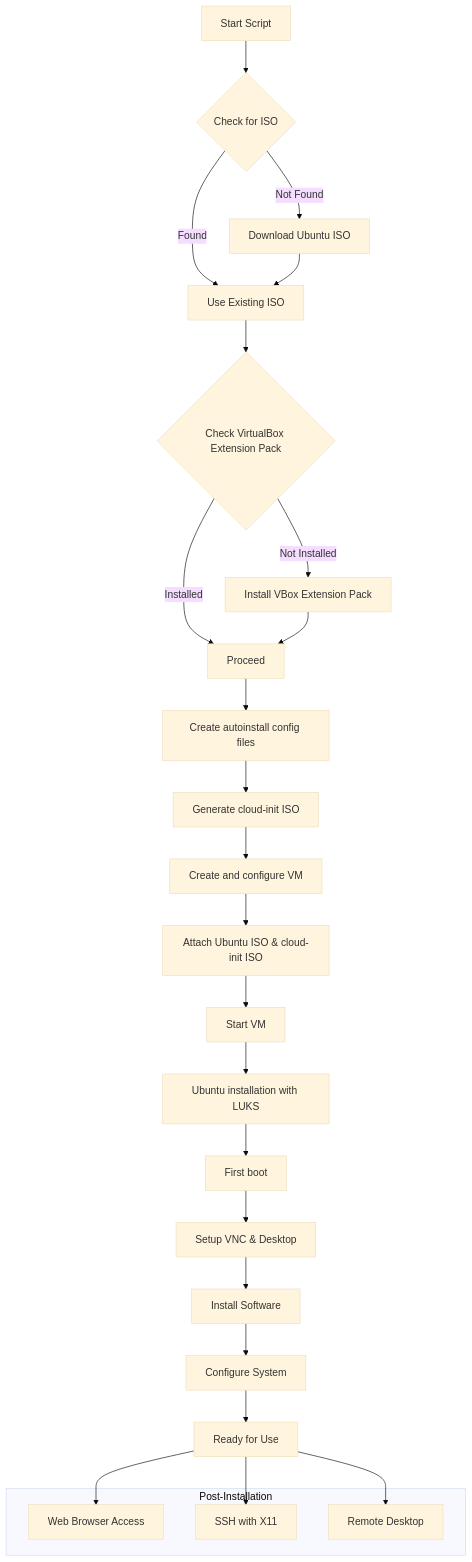
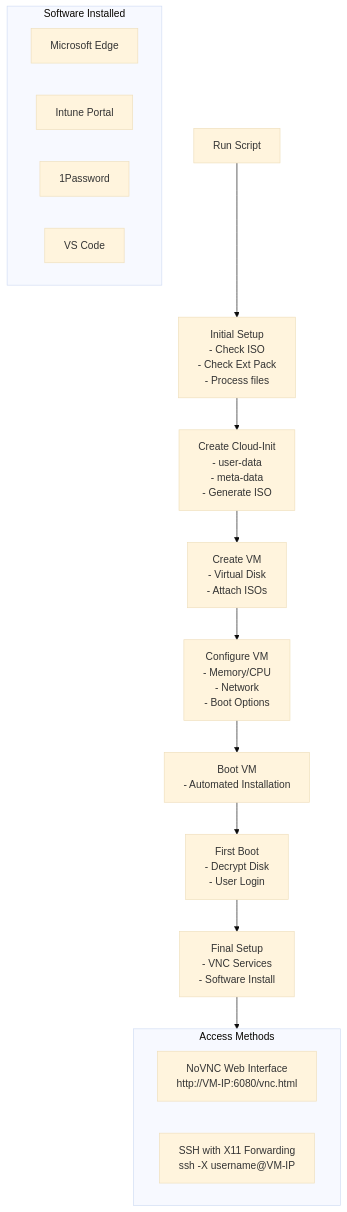
Before and after one commit to blik616287/intune_autoinstall: the diagram in README.md, drawn with Mermaid (base theme). The commit also changed other lines of this file, not shown here.

````diff
--- a/README.md
+++ b/README.md
@@ -37,32 +78,24 @@
 ```mermaid
 flowchart TD
-    A[Start Script] --> B{Check for ISO}
-    B -->|Not Found| C[Download Ubuntu ISO]
-    B -->|Found| D[Use Existing ISO]
-    C --> D
-    D --> E{Check VirtualBox Extension Pack}
-    E -->|Not Installed| F[Install VBox Extension Pack]
-    E -->|Installed| G[Proceed]
-    F --> G
-    G --> H[Create autoinstall config files]
-    H --> I[Generate cloud-init ISO]
-    I --> J[Create and configure VM]
-    J --> K[Attach Ubuntu ISO & cloud-init ISO]
-    K --> L[Start VM]
-    L --> M[Ubuntu installation with LUKS]
-    M --> N[First boot]
-    N --> O[Setup VNC & Desktop]
-    O --> P[Install Software]
-    P --> Q[Configure System]
-    Q --> R[Ready for Use]
+    A[Run Script] --> B[Initial Setup\n- Check ISO\n- Check Ext Pack\n- Process files]
+    B --> C[Create Cloud-Init\n- user-data\n- meta-data\n- Generate ISO]
+    C --> D[Create VM\n- Virtual Disk\n- Attach ISOs]
+    D --> E[Configure VM\n- Memory/CPU\n- Network\n- Boot Options]
+    E --> F[Boot VM\n- Automated Installation]
+    F --> G[First Boot\n- Decrypt Disk\n- User Login]
+    G --> H[Final Setup\n- VNC Services\n- Software Install]
     
-    subgraph "Post-Installation"
-    S[Web Browser Access] 
-    T[SSH with X11]
-    U[Remote Desktop]
+    subgraph Software[Software Installed]
+        I[Microsoft Edge]
+        J[Intune Portal]
+        K[1Password]
+        L[VS Code]
     end
     
-    R --> S
-    R --> T
-    R --> U
+    subgraph Access[Access Methods]
+        M[NoVNC Web Interface\nhttp://VM-IP:6080/vnc.html]
+        N[SSH with X11 Forwarding\nssh -X username@VM-IP]
+    end
+    
+    H --> Access
 ```
````
